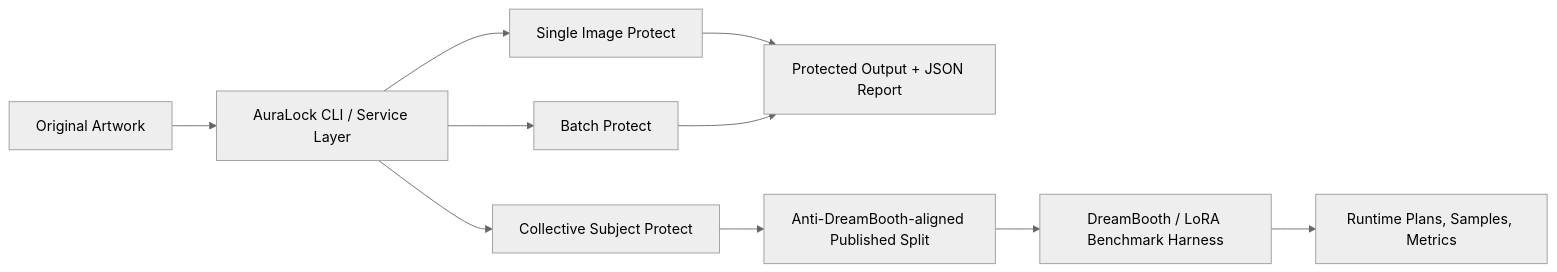
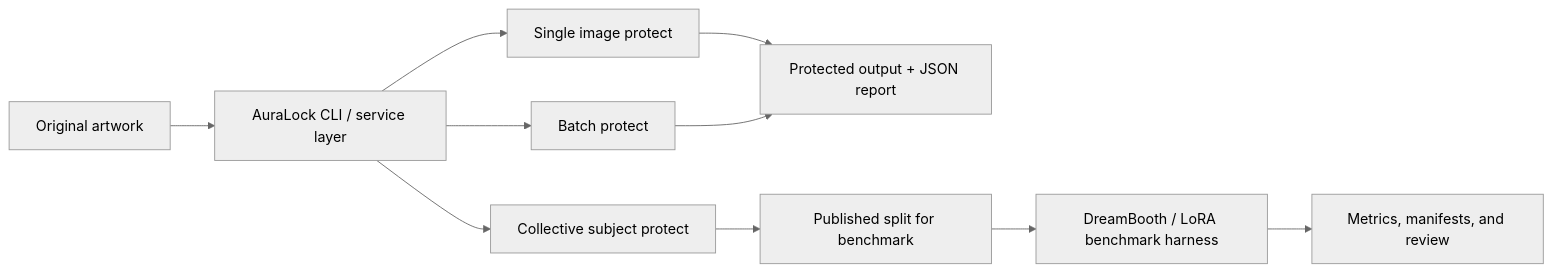
The diagram in README.md (VoDaiLocz/Lock-ART.), drawn with Mermaid (neutral theme) before and after one commit. The commit also changed other lines of this file and 4 other files, not shown here.

````diff
--- a/README.md
+++ b/README.md
@@ -60,12 +171,12 @@
 ```mermaid
 flowchart LR
-    A["Original Artwork"] --> B["AuraLock CLI / Service Layer"]
-    B --> C["Single Image Protect"]
-    B --> D["Batch Protect"]
-    B --> E["Collective Subject Protect"]
-    C --> F["Protected Output + JSON Report"]
+    A["Original artwork"] --> B["AuraLock CLI / service layer"]
+    B --> C["Single image protect"]
+    B --> D["Batch protect"]
+    B --> E["Collective subject protect"]
+    C --> F["Protected output + JSON report"]
     D --> F
-    E --> G["Anti-DreamBooth-aligned Published Split"]
-    G --> H["DreamBooth / LoRA Benchmark Harness"]
-    H --> I["Runtime Plans, Samples, Metrics"]
+    E --> G["Published split for benchmark"]
+    G --> H["DreamBooth / LoRA benchmark harness"]
+    H --> I["Metrics, manifests, and review"]
 ```
````
